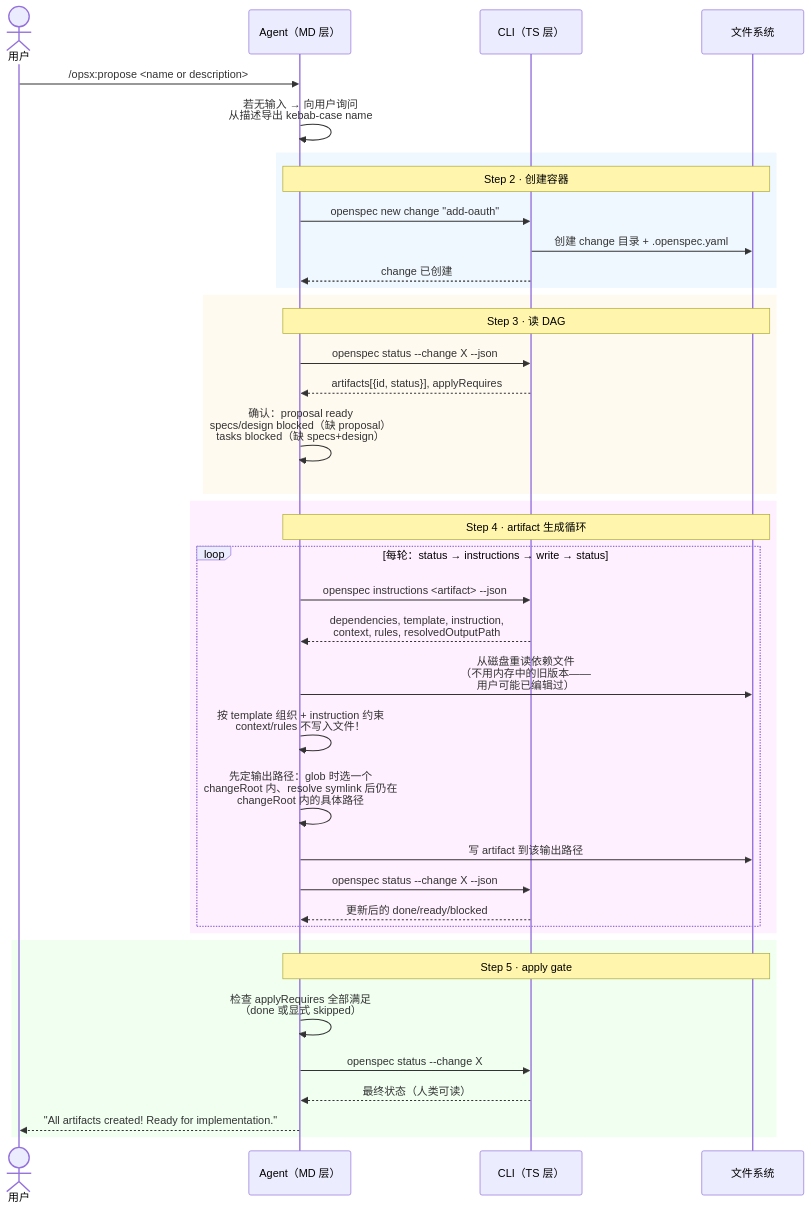
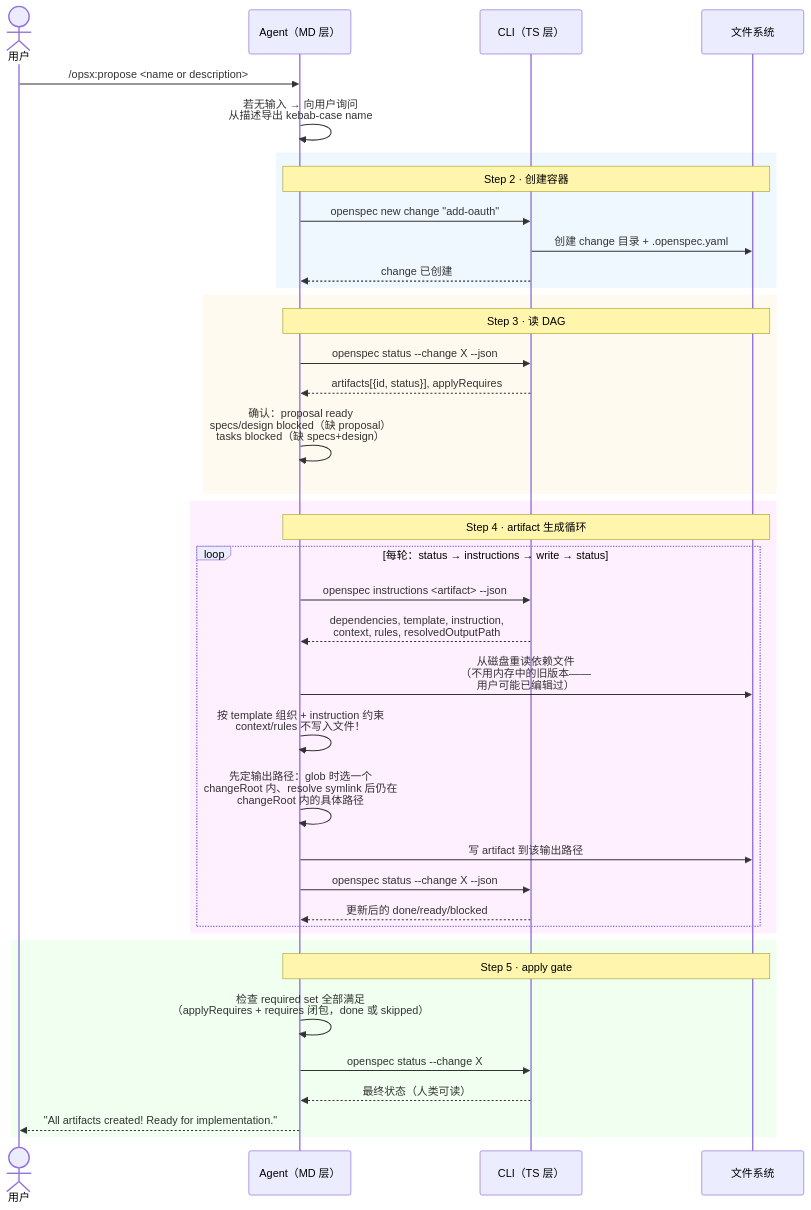
Before and after one commit to ethan-jiang-3/OpenSpec: the diagram in _digested/workflows/02-propose.md, drawn with Mermaid. The commit also changed other lines of this file and 5 other files, not shown here.

Commit message:
docs: 修 CLI 矩阵、explore 入口数/guardrail、applyRequires 闭包、#2104 范围

````diff
--- a/_digested/workflows/02-propose.md
+++ b/_digested/workflows/02-propose.md
@@ -40,46 +40,46 @@
 ```mermaid
 sequenceDiagram
     actor User as 用户
     participant MD as Agent（MD 层）
     participant TS as CLI（TS 层）
     participant FS as 文件系统
 
     User->>MD: /opsx:propose <name or description>
     MD->>MD: 若无输入 → 向用户询问<br/>从描述导出 kebab-case name
 
     rect rgb(240, 248, 255)
         Note over MD,FS: Step 2 · 创建容器
         MD->>TS: openspec new change "add-oauth"
         TS->>FS: 创建 change 目录 + .openspec.yaml
         TS-->>MD: change 已创建
     end
 
     rect rgb(255, 250, 240)
         Note over MD,FS: Step 3 · 读 DAG
         MD->>TS: openspec status --change X --json
         TS-->>MD: artifacts[{id, status}], applyRequires
         MD->>MD: 确认：proposal ready<br/>specs/design blocked（缺 proposal）<br/>tasks blocked（缺 specs+design）
     end
 
     rect rgb(255, 240, 255)
         Note over MD,FS: Step 4 · artifact 生成循环
         loop 每轮：status → instructions → write → status
             MD->>TS: openspec instructions <artifact> --json
             TS-->>MD: dependencies, template, instruction,<br/>context, rules, resolvedOutputPath
             MD->>FS: 从磁盘重读依赖文件<br/>（不用内存中的旧版本——<br/>用户可能已编辑过）
             MD->>MD: 按 template 组织 + instruction 约束<br/>context/rules 不写入文件！
             MD->>MD: 先定输出路径：glob 时选一个<br/>changeRoot 内、resolve symlink 后仍在<br/>changeRoot 内的具体路径
             MD->>FS: 写 artifact 到该输出路径
             MD->>TS: openspec status --change X --json
             TS-->>MD: 更新后的 done/ready/blocked
         end
     end
 
     rect rgb(240, 255, 240)
         Note over MD,FS: Step 5 · apply gate
-        MD->>MD: 检查 applyRequires 全部满足<br/>（done 或显式 skipped）
+        MD->>MD: 检查 required set 全部满足<br/>（applyRequires + requires 闭包，done 或 skipped）
         MD->>TS: openspec status --change X
         TS-->>MD: 最终状态（人类可读）
         MD-->>User: "All artifacts created! Ready for implementation."
     end
 ```
````
